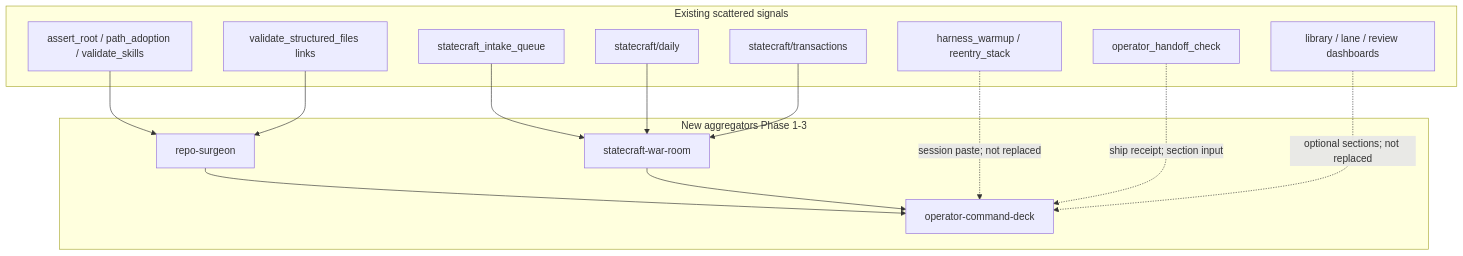
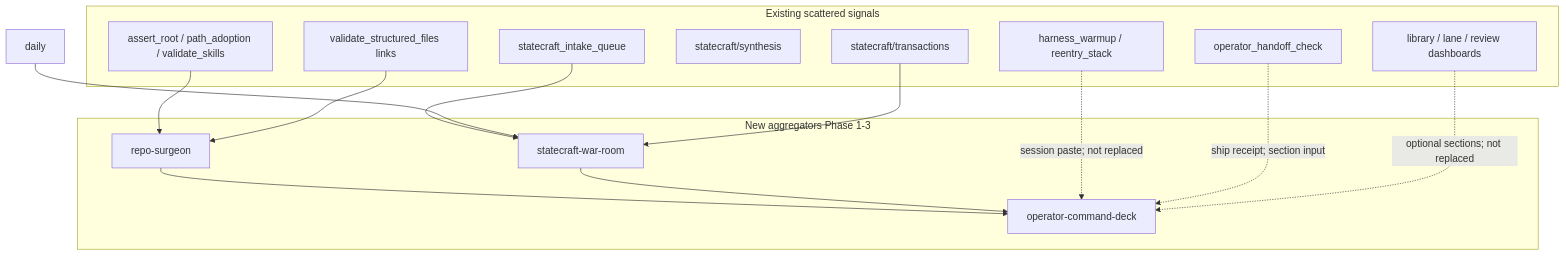
Before and after one commit to rbtkhn/strategy-codex: the diagram in docs/skill-work/work-dev/operator-dashboard-consolidation-phase0.md, drawn with Mermaid. The commit also changed 433 other files, not shown here.

First line of the commit message:
Rename statecraft/daily to synthesis-pure layout with notes subfolders.

````diff
--- a/docs/skill-work/work-dev/operator-dashboard-consolidation-phase0.md
+++ b/docs/skill-work/work-dev/operator-dashboard-consolidation-phase0.md
@@ -31,30 +31,30 @@
 ```mermaid
 flowchart TB
   subgraph existing [Existing scattered signals]
     warmup[harness_warmup / reentry_stack]
     handoff[operator_handoff_check]
     intake[statecraft_intake_queue]
-    daily[statecraft/daily]
+    synth[statecraft/synthesis]
     tx[statecraft/transactions]
     checks[assert_root / path_adoption / validate_skills]
     linkval[validate_structured_files links]
     dashboards[library / lane / review dashboards]
   end
 
   subgraph newAgg [New aggregators Phase 1-3]
     surgeon[repo-surgeon]
     warroom[statecraft-war-room]
     deck[operator-command-deck]
   end
 
   checks --> surgeon
   linkval --> surgeon
   intake --> warroom
   daily --> warroom
   tx --> warroom
   surgeon --> deck
   warroom --> deck
   warmup -.->|"session paste; not replaced"| deck
   handoff -.->|"ship receipt; section input"| deck
   dashboards -.->|"optional sections; not replaced"| deck
 ```
````
